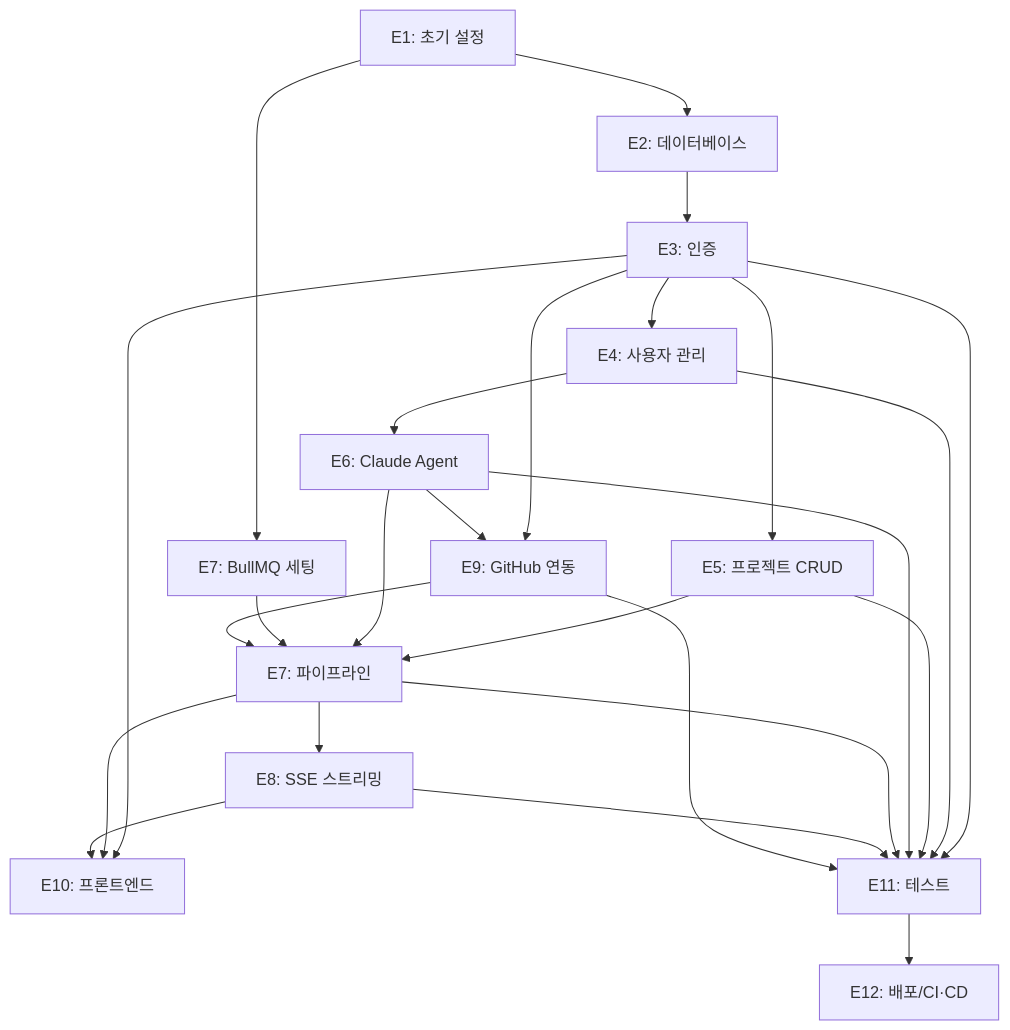
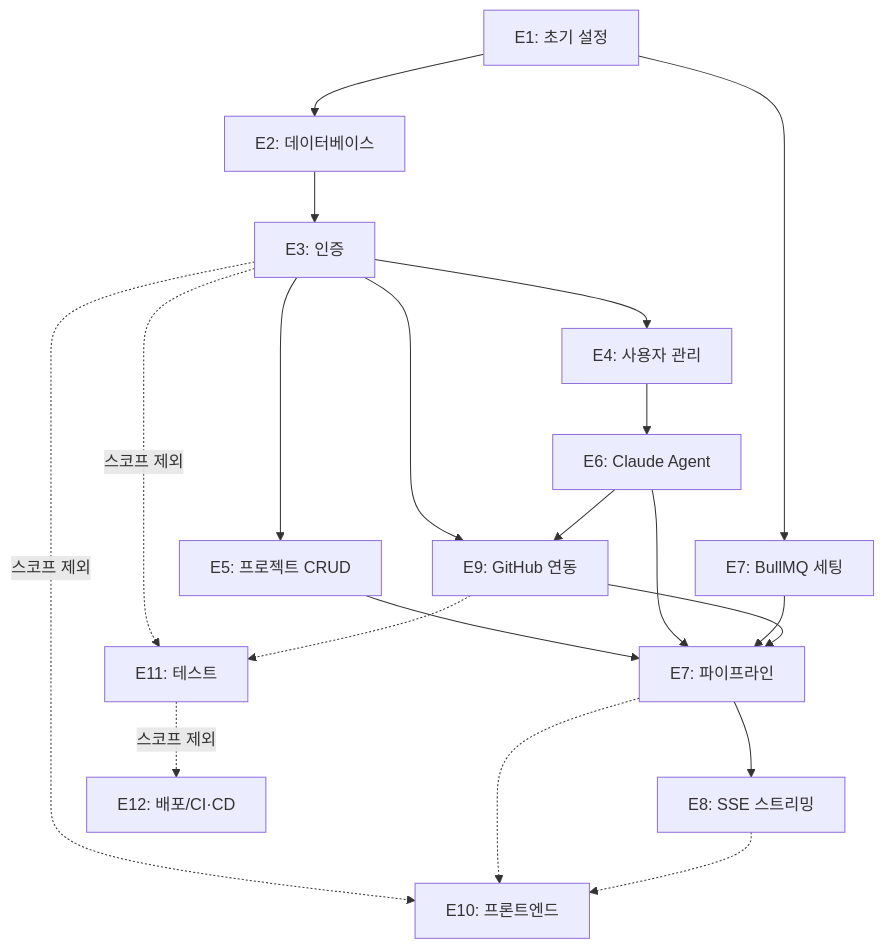
One commit to Gomdadi/mvp-builder changed the diagram in docs/08/task-breakdown.md. Above: the diagram before and after it, drawn with Mermaid. The commit also changed other lines of this file, not shown here.

````diff
--- a/docs/08/task-breakdown.md
+++ b/docs/08/task-breakdown.md
@@ -368,27 +368,22 @@
 ```mermaid
 flowchart TD
     E1["E1: 초기 설정"] --> E2["E2: 데이터베이스"]
     E2 --> E3["E3: 인증"]
     E1 --> E7_BullMQ["E7: BullMQ 세팅"]
     E3 --> E4["E4: 사용자 관리"]
     E3 --> E5["E5: 프로젝트 CRUD"]
     E4 --> E6["E6: Claude Agent"]
     E5 --> E7["E7: 파이프라인"]
     E6 --> E7
     E7_BullMQ --> E7
     E7 --> E8["E8: SSE 스트리밍"]
     E3 --> E9["E9: GitHub 연동"]
     E6 --> E9
     E9 --> E7
-    E3 --> E10["E10: 프론트엔드"]
-    E7 --> E10
-    E8 --> E10
-    E3 --> E11["E11: 테스트"]
-    E4 --> E11
-    E5 --> E11
-    E6 --> E11
-    E7 --> E11
-    E8 --> E11
-    E9 --> E11
-    E11 --> E12["E12: 배포/CI·CD"]
+    E3 -.->|"스코프 제외"| E10["E10: 프론트엔드"]
+    E7 -.-> E10
+    E8 -.-> E10
+    E3 -.->|"스코프 제외"| E11["E11: 테스트"]
+    E9 -.-> E11
+    E11 -.->|"스코프 제외"| E12["E12: 배포/CI·CD"]
 ```
````
